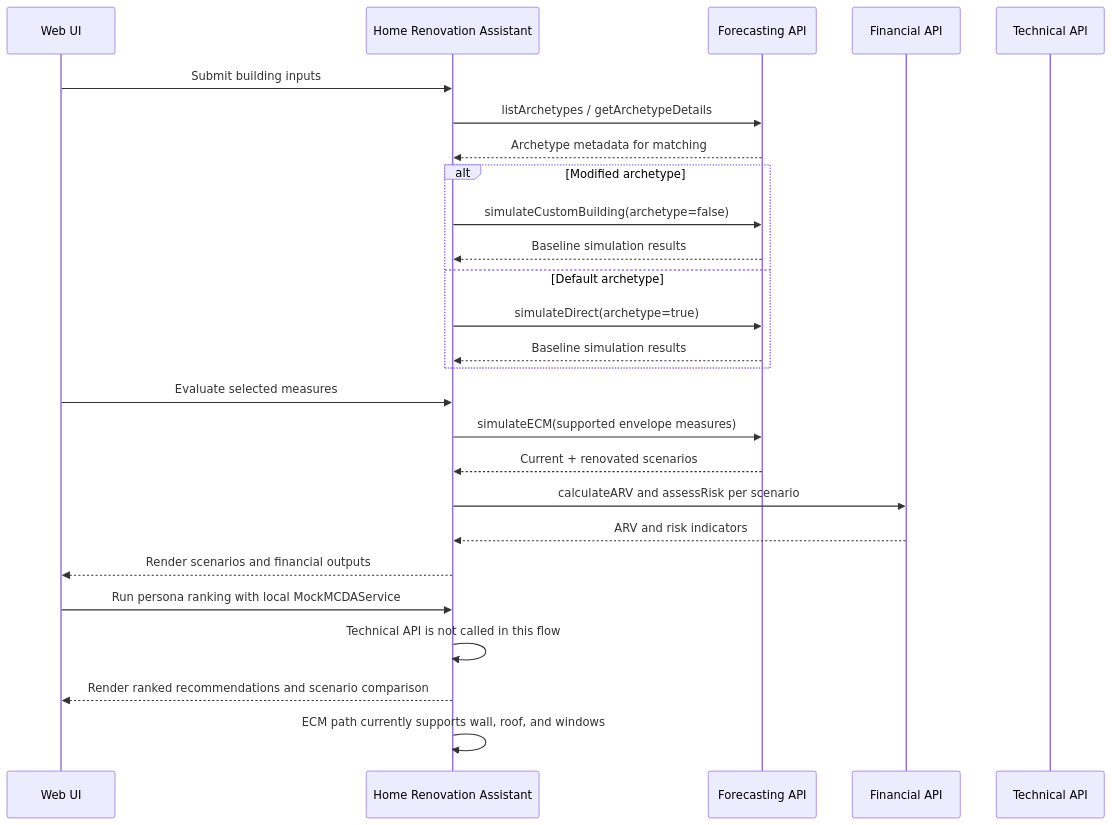
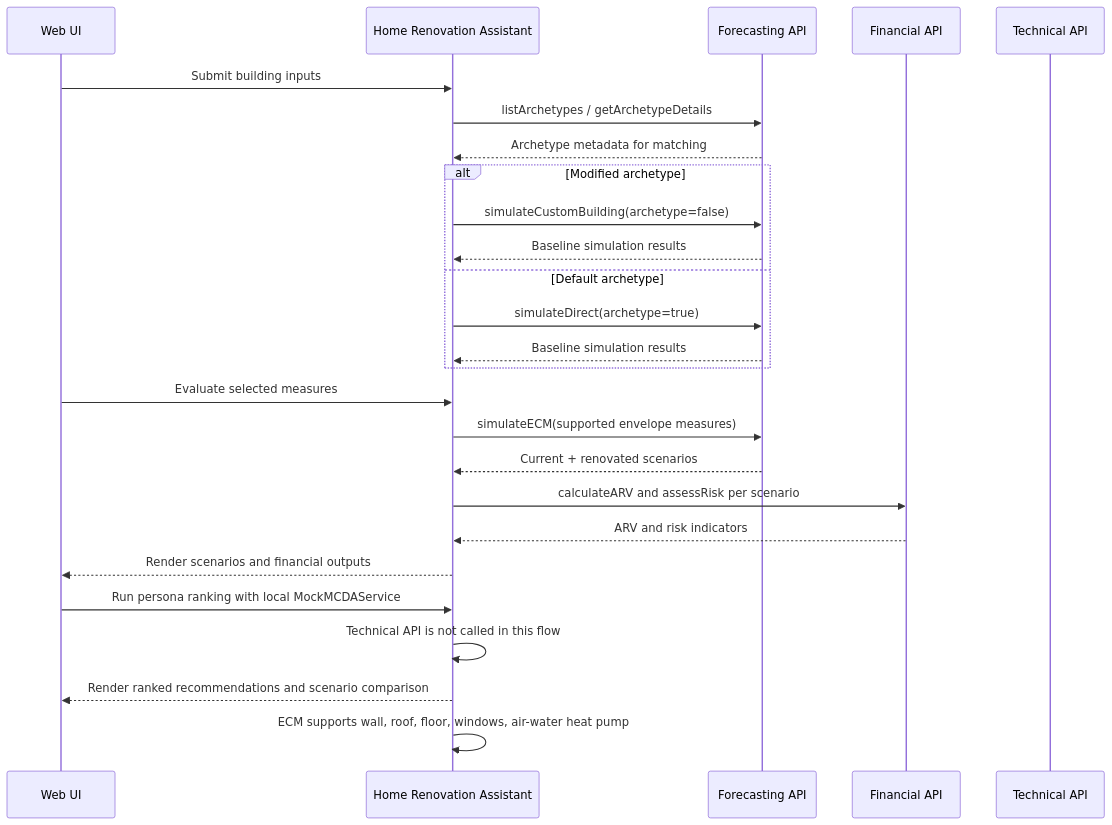
Before and after one commit to ReLIFE-Project-EU/relife-web-ui: the first of 6 diagrams in README.md, drawn with Mermaid. The commit also changed other lines of this file, not shown here.

Commit message:
📝 Update README to reflect ECM support for floor and heat pump

````diff
--- a/README.md
+++ b/README.md
@@ -29,31 +29,31 @@
 ```mermaid
 sequenceDiagram
     participant UI as Web UI
     participant HRA as Home Renovation Assistant
     participant FCAST as Forecasting API
     participant FIN as Financial API
     participant TECH as Technical API
 
     UI->>HRA: Submit building inputs
     HRA->>FCAST: listArchetypes / getArchetypeDetails
     FCAST-->>HRA: Archetype metadata for matching
     alt Modified archetype
       HRA->>FCAST: simulateCustomBuilding(archetype=false)
       FCAST-->>HRA: Baseline simulation results
     else Default archetype
       HRA->>FCAST: simulateDirect(archetype=true)
       FCAST-->>HRA: Baseline simulation results
     end
 
     UI->>HRA: Evaluate selected measures
     HRA->>FCAST: simulateECM(supported envelope measures)
     FCAST-->>HRA: Current + renovated scenarios
     HRA->>FIN: calculateARV and assessRisk per scenario
     FIN-->>HRA: ARV and risk indicators
     HRA-->>UI: Render scenarios and financial outputs
 
     UI->>HRA: Run persona ranking with local MockMCDAService
     HRA->>HRA: Technical API is not called in this flow
     HRA-->>UI: Render ranked recommendations and scenario comparison
-    HRA->>HRA: ECM path currently supports wall, roof, and windows
+    HRA->>HRA: ECM supports wall, roof, floor, windows, air-water heat pump
 ```
````
